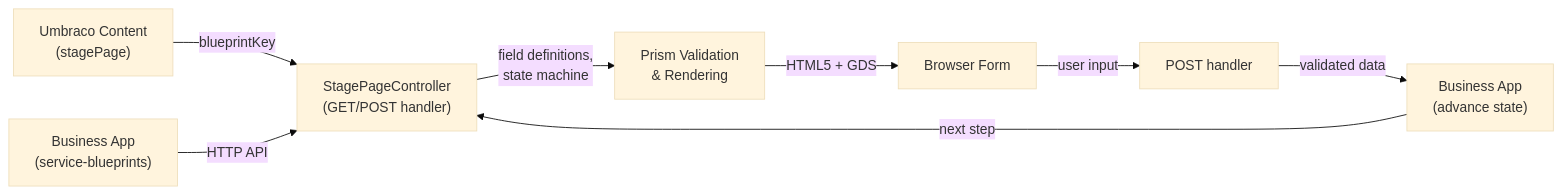
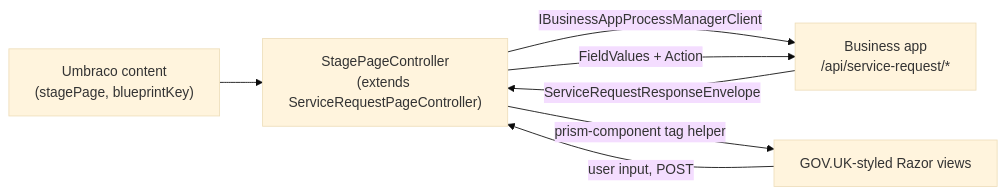
The diagram in docs/guides/service-blueprint-setup.md (jonnymuir/Umbraco.Prism), drawn with Mermaid (base theme) before and after one commit. The commit also changed other lines of this file and 2 other files, not shown here.

First line of the commit message:
docs: rewrite service-blueprint-setup.md against the current model

````diff
--- a/docs/guides/service-blueprint-setup.md
+++ b/docs/guides/service-blueprint-setup.md
@@ -13,10 +21,9 @@
 ```mermaid
 graph LR
-    A["Umbraco Content<br/>(stagePage)"] -->|blueprintKey| B["StagePageController<br/>(GET/POST handler)"]
-    C["Business App<br/>(service-blueprints)"] -->|HTTP API| B
-    B -->|field definitions,<br/>state machine| D["Prism Validation<br/>& Rendering"]
-    D -->|HTML5 + GDS| E["Browser Form"]
-    E -->|user input| F["POST handler"]
-    F -->|validated data| G["Business App<br/>(advance state)"]
-    G -->|next step| B
+    A["Umbraco content<br/>(stagePage, blueprintKey)"] --> B["StagePageController<br/>(extends ServiceRequestPageController)"]
+    B -->|IBusinessAppProcessManagerClient| C["Business app<br/>/api/service-request/*"]
+    C -->|ServiceRequestResponseEnvelope| B
+    B -->|prism-component tag helper| D["GOV.UK-styled Razor views"]
+    D -->|user input, POST| B
+    B -->|FieldValues + Action| C
 ```
````
